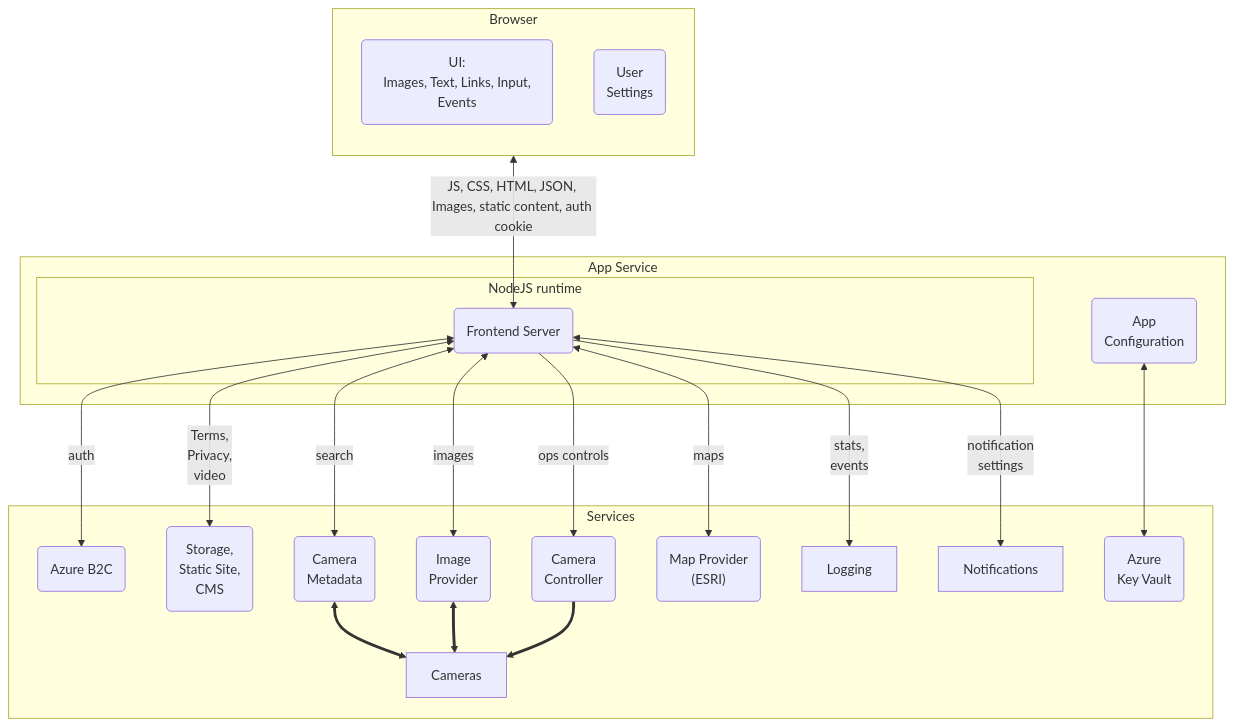
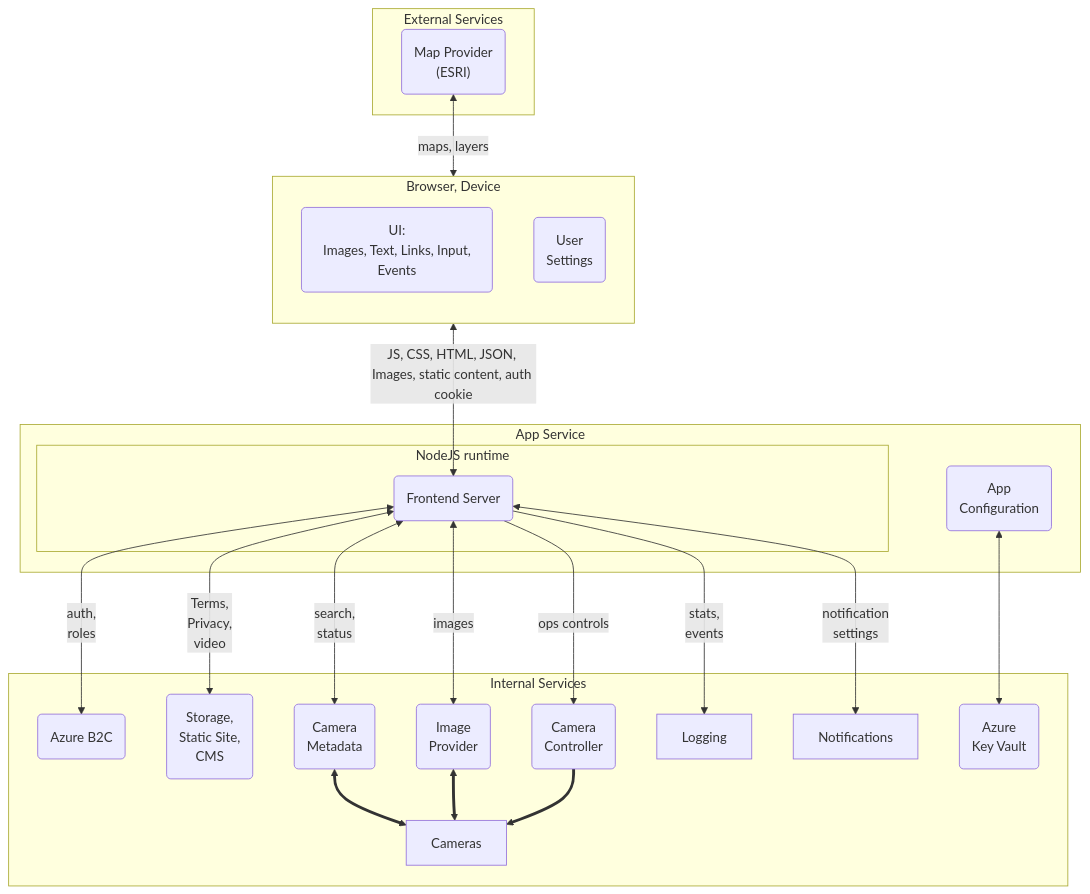
The diagram in docs/alertca-fe.md (christinehelfrich/mapapp), drawn with Mermaid before and after one commit. The commit also changed other lines of this file, not shown here.

Commit message:
Separate external services

````diff
--- a/docs/alertca-fe.md
+++ b/docs/alertca-fe.md
@@ -4,36 +4,39 @@
 ```mermaid
 flowchart TB
     subgraph "App Service"
         AppConfig("App<br> Configuration")
         subgraph "NodeJS runtime"
             webapp("Frontend Server")
         end
     end
-    subgraph "Browser"
+    subgraph "External Services"
+        MapProvider("Map Provider <br> (ESRI)")
+    end
+    subgraph "Browser, Device"
         direction TB
         UI("UI:<br> Images, Text, Links, Input, Events") <-- JS, CSS, HTML, JSON, Images, static content, auth cookie --> webapp
         UserSettings("User<br> Settings")
     end
 
-    webapp <-- auth --> AuthServer
+    MapProvider <-- maps, layers --> UI
+
+    webapp <-- auth,<br>roles --> AuthServer
     webapp <-- Terms,<br> Privacy,<br> video --> Static
-    webapp <-- search --> CameraData
+    webapp <-- search,<br>status --> CameraData
     webapp <-- images --> ImageProvider
     webapp -- ops controls --> CameraController
-    webapp <-- maps --> MapProvider
     webapp -- stats,<br> events --> Logging
     webapp <-- notification<br> settings --> Notifications
     AppConfig <--> KeyVault
-    subgraph "Services"
+    subgraph "Internal Services"
         AuthServer("Azure B2C")
         CameraData("Camera <br> Metadata") <==> Cameras
         ImageProvider("Image <br> Provider") <==> Cameras
         CameraController("Camera <br> Controller") ==> Cameras
-        MapProvider("Map Provider <br> (ESRI)")
         Logging
         Notifications
         Static("Storage,<br> Static Site,<br> CMS")
         KeyVault("Azure<br>Key Vault")
     end
     %% Static -- Terms, Privacy, video, editable content --> webapp
 ```
````
